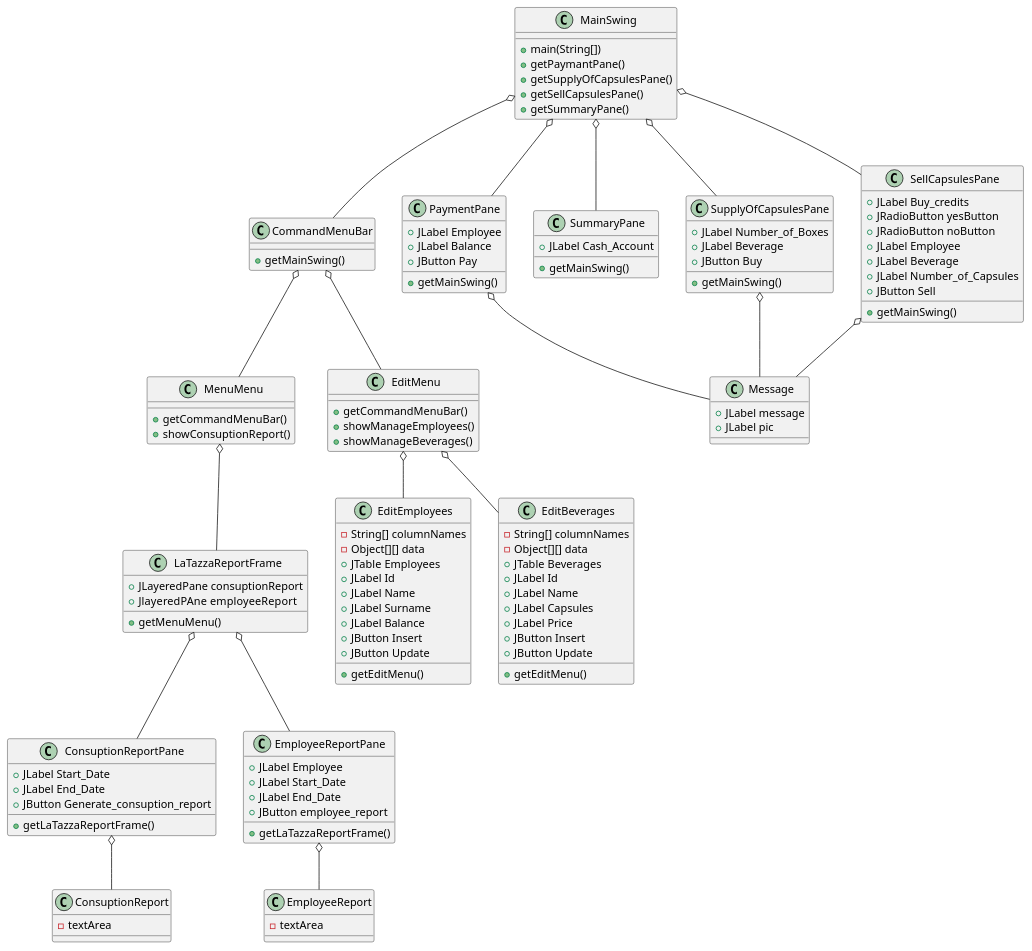
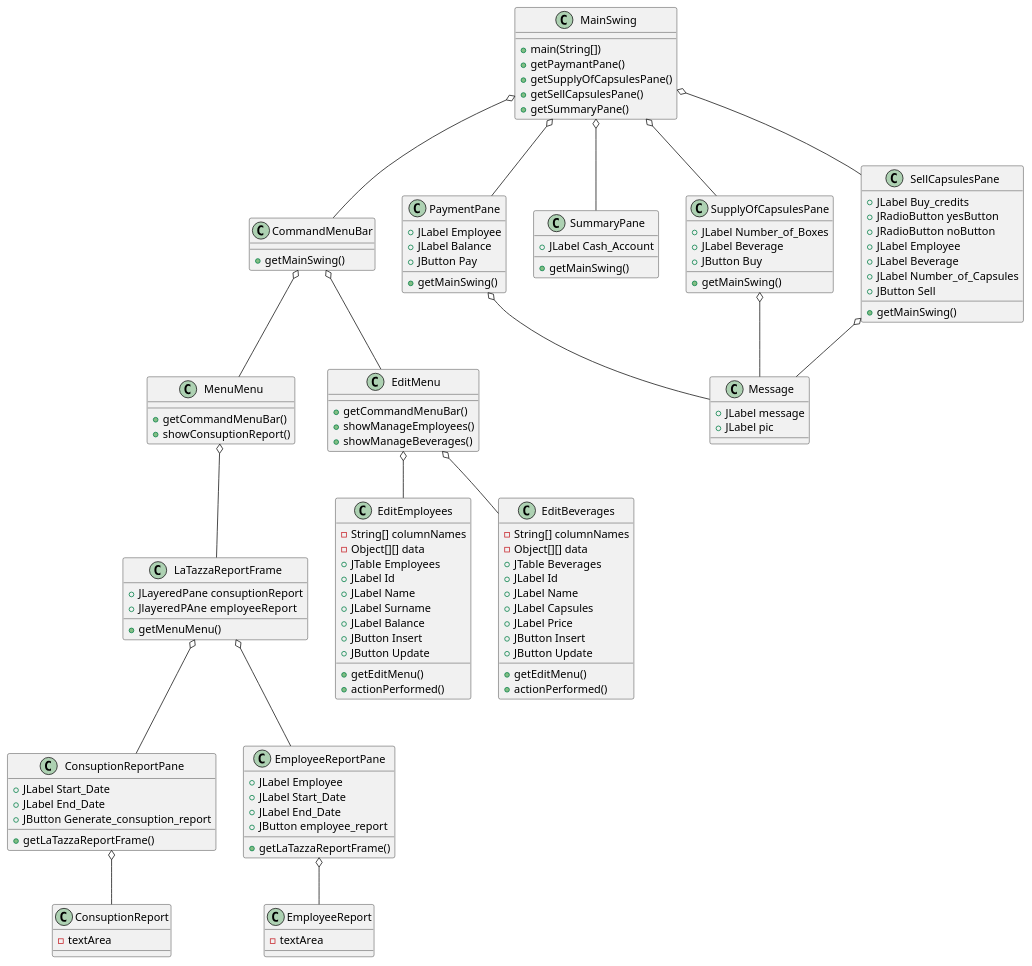
The fifth of 7 diagrams in templates/DesignDocumentTemplate.md (salvatore-dimartino/LaTazza), drawn with PlantUML before and after one commit.

```diff
--- a/templates/DesignDocumentTemplate.md
+++ b/templates/DesignDocumentTemplate.md
@@ -354,6 +354,7 @@
     +JButton Insert
     +JButton Update
     +getEditMenu()
+    +actionPerformed()
 }
 
 class EditBeverages {
@@ -367,6 +368,7 @@
     +JButton Insert
     +JButton Update
     +getEditMenu()
+    +actionPerformed()
 }
 
 class LaTazzaReportFrame {
```
